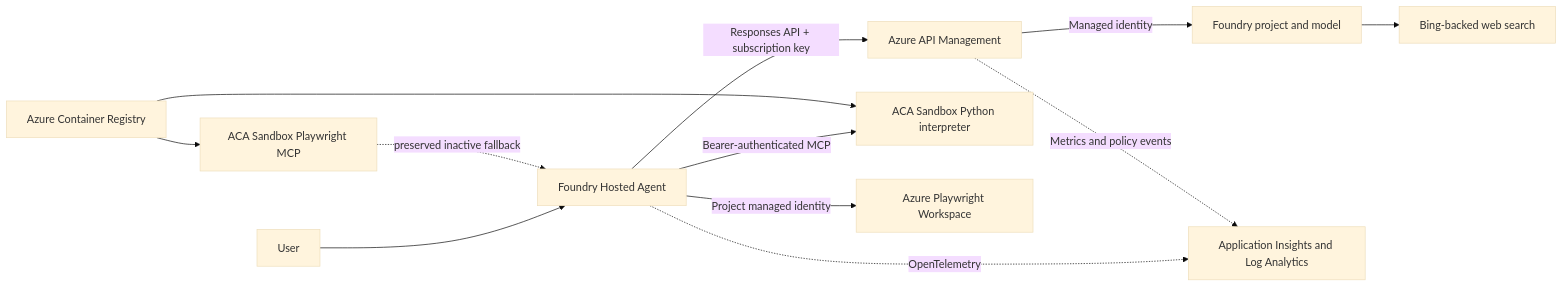
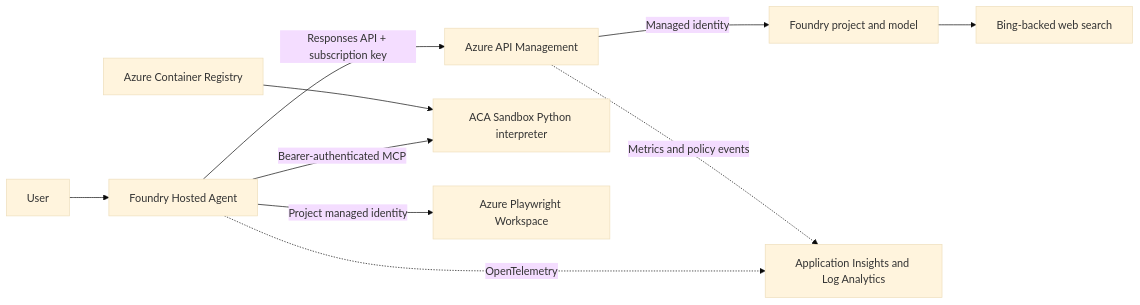
The second of 2 diagrams in README.md (simonjj/foundry-agent-egress-control-mcp), drawn with Mermaid (base theme) before and after one commit. The commit also changed other lines of this file and 45 other files, not shown here.

````diff
--- a/README.md
+++ b/README.md
@@ -243,14 +246,12 @@
 ```mermaid
 flowchart LR
     U[User] --> A[Foundry Hosted Agent]
     A -->|Responses API + subscription key| G[Azure API Management]
     G -->|Managed identity| F[Foundry project and model]
     F --> W[Bing-backed web search]
     A -->|Bearer-authenticated MCP| S[ACA Sandbox Python interpreter]
     A -->|Project managed identity| P[Azure Playwright Workspace]
-    B[ACA Sandbox Playwright MCP] -. preserved inactive fallback .-> A
     R[Azure Container Registry] --> S
-    R --> B
     A -. OpenTelemetry .-> O[Application Insights and Log Analytics]
     G -. Metrics and policy events .-> O
 ```
````
